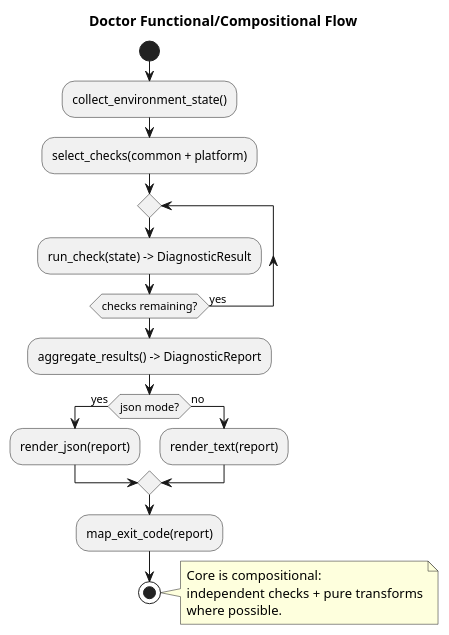
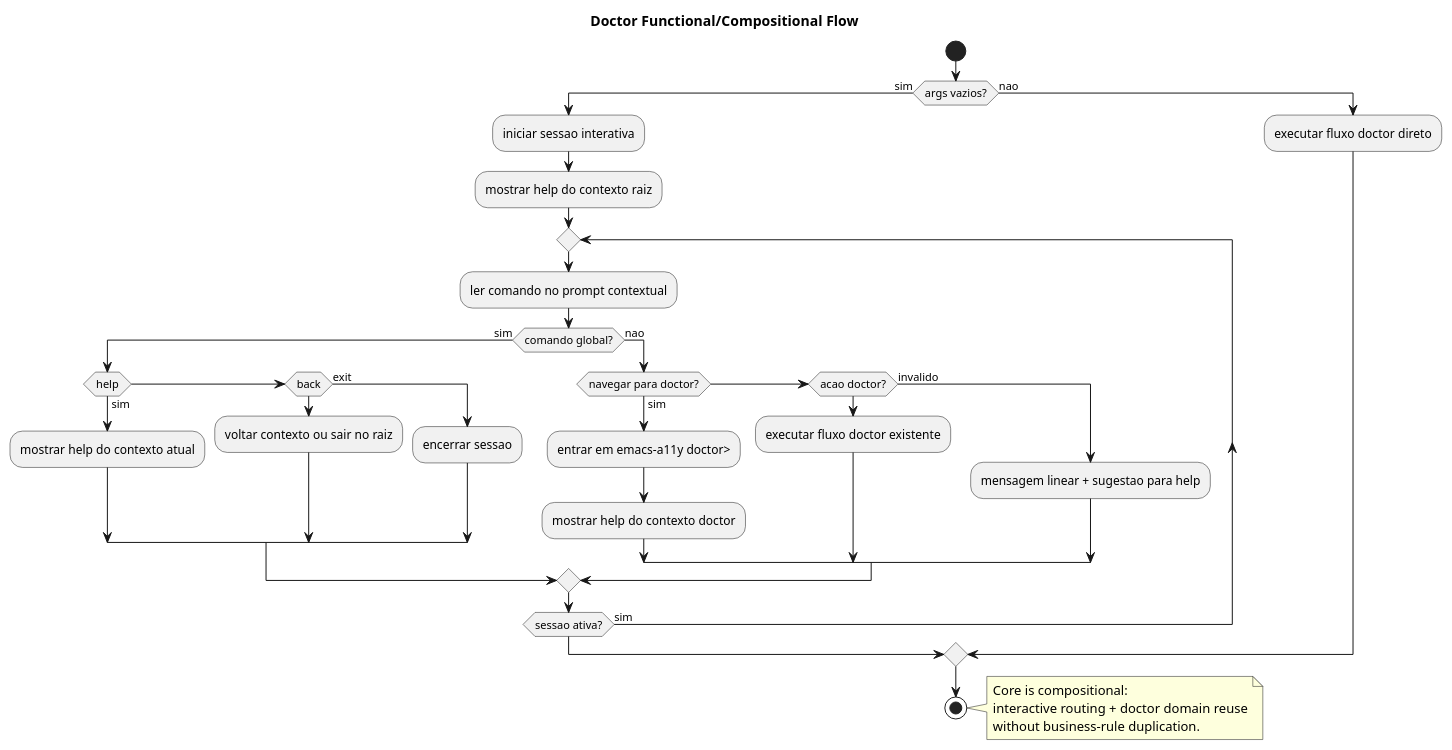
Before and after one commit to A11yDevs/emacs-a11y-installer: the diagram in docs/plantuml/doctor-functional-flow.puml, drawn with PlantUML. The commit also changed 57 other files, not shown here.

Commit message:
feat(cli): add interactive contextual mode and update docs/specs

```diff
--- a/docs/plantuml/doctor-functional-flow.puml
+++ b/docs/plantuml/doctor-functional-flow.puml
@@ -1,25 +1,38 @@
-@startuml
+@startuml doctor-functional-flow
 title Doctor Functional/Compositional Flow
 start
-:collect_environment_state();
-:select_checks(common + platform);
-
-repeat
-  :run_check(state) -> DiagnosticResult;
-repeat while (checks remaining?) is (yes)
-
-:aggregate_results() -> DiagnosticReport;
-if (json mode?) then (yes)
-  :render_json(report);
-else (no)
-  :render_text(report);
+if (args vazios?) then (sim)
+  :iniciar sessao interativa;
+  :mostrar help do contexto raiz;
+  repeat
+    :ler comando no prompt contextual;
+    if (comando global?) then (sim)
+      if (help) then (sim)
+        :mostrar help do contexto atual;
+      elseif (back)
+        :voltar contexto ou sair no raiz;
+      else (exit)
+        :encerrar sessao;
+      endif
+    else (nao)
+      if (navegar para doctor?) then (sim)
+        :entrar em emacs-a11y doctor>;
+        :mostrar help do contexto doctor;
+      elseif (acao doctor?)
+        :executar fluxo doctor existente;
+      else (invalido)
+        :mensagem linear + sugestao para help;
+      endif
+    endif
+  repeat while (sessao ativa?) is (sim)
+else (nao)
+  :executar fluxo doctor direto;
 endif
-:map_exit_code(report);
 stop
 
 note right
 Core is compositional:
-independent checks + pure transforms
-where possible.
+interactive routing + doctor domain reuse
+without business-rule duplication.
 end note
 @enduml
```
